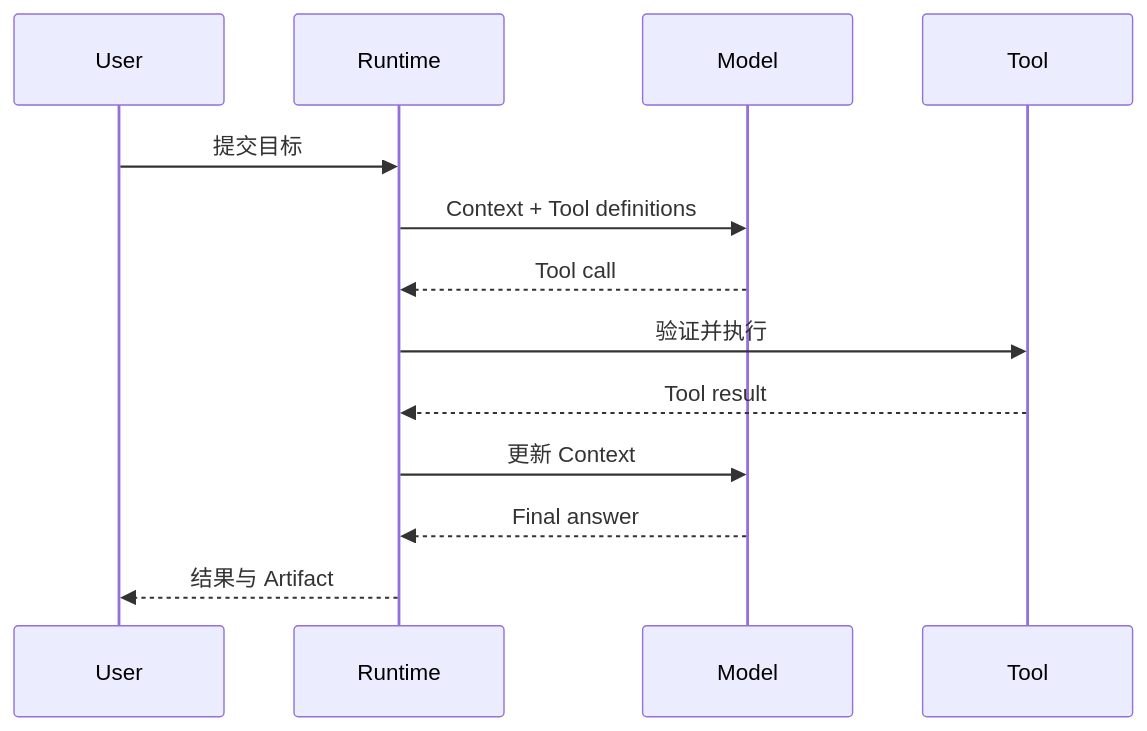
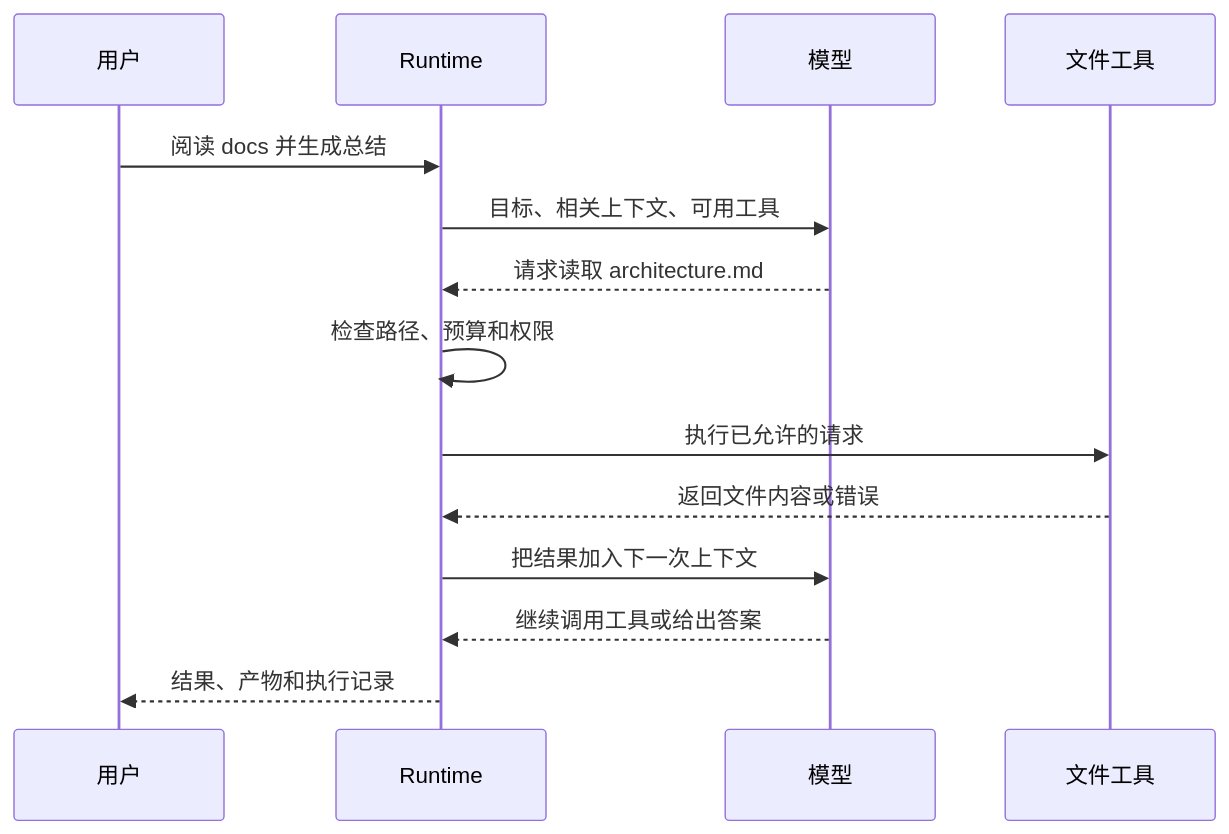
One commit to CherryYang05/BearAgent changed the diagram in site/src/content/docs/zh-cn/learn/agent-basics.md. Above: the diagram before and after it, drawn with Mermaid. The commit also changed other lines of this file and 51 other files, not shown here.

````diff
--- a/site/src/content/docs/zh-cn/learn/agent-basics.md
+++ b/site/src/content/docs/zh-cn/learn/agent-basics.md
@@ -28,16 +20,17 @@
 ```mermaid
 sequenceDiagram
-    participant U as User
+    participant U as 用户
     participant R as Runtime
-    participant M as Model
-    participant T as Tool
+    participant M as 模型
+    participant T as 文件工具
 
-    U->>R: 提交目标
-    R->>M: Context + Tool definitions
-    M-->>R: Tool call
-    R->>T: 验证并执行
-    T-->>R: Tool result
-    R->>M: 更新 Context
-    M-->>R: Final answer
-    R-->>U: 结果与 Artifact
+    U->>R: 阅读 docs 并生成总结
+    R->>M: 目标、相关上下文、可用工具
+    M-->>R: 请求读取 architecture.md
+    R->>R: 检查路径、预算和权限
+    R->>T: 执行已允许的请求
+    T-->>R: 返回文件内容或错误
+    R->>M: 把结果加入下一次上下文
+    M-->>R: 继续调用工具或给出答案
+    R-->>U: 结果、产物和执行记录
 ```
````
